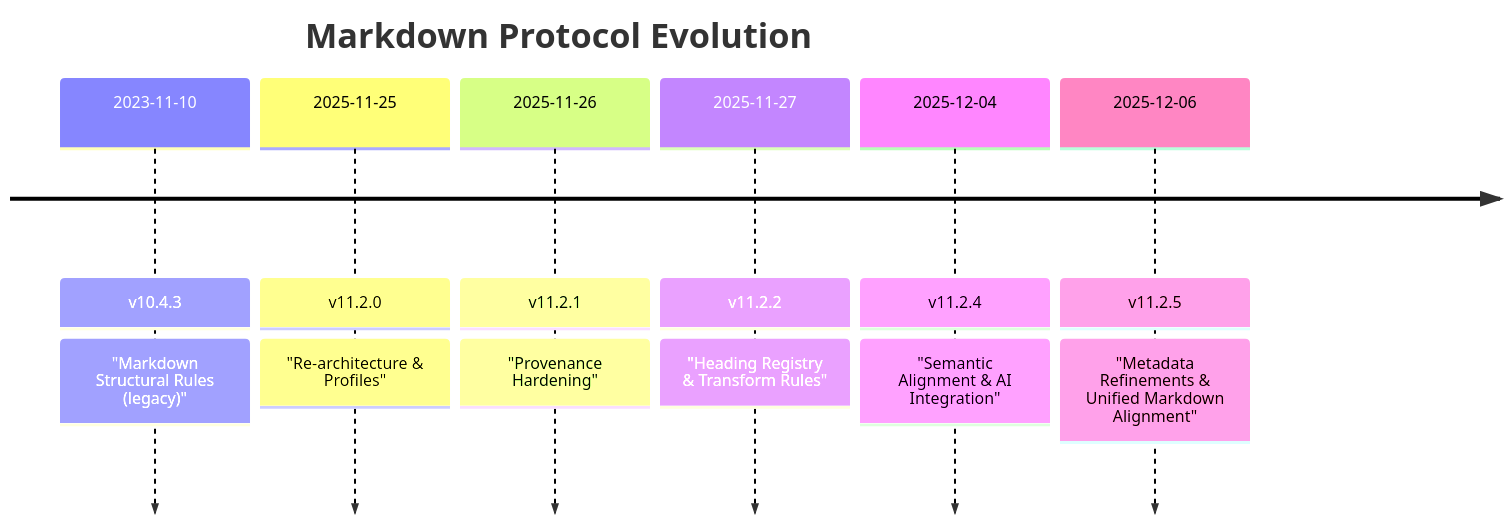
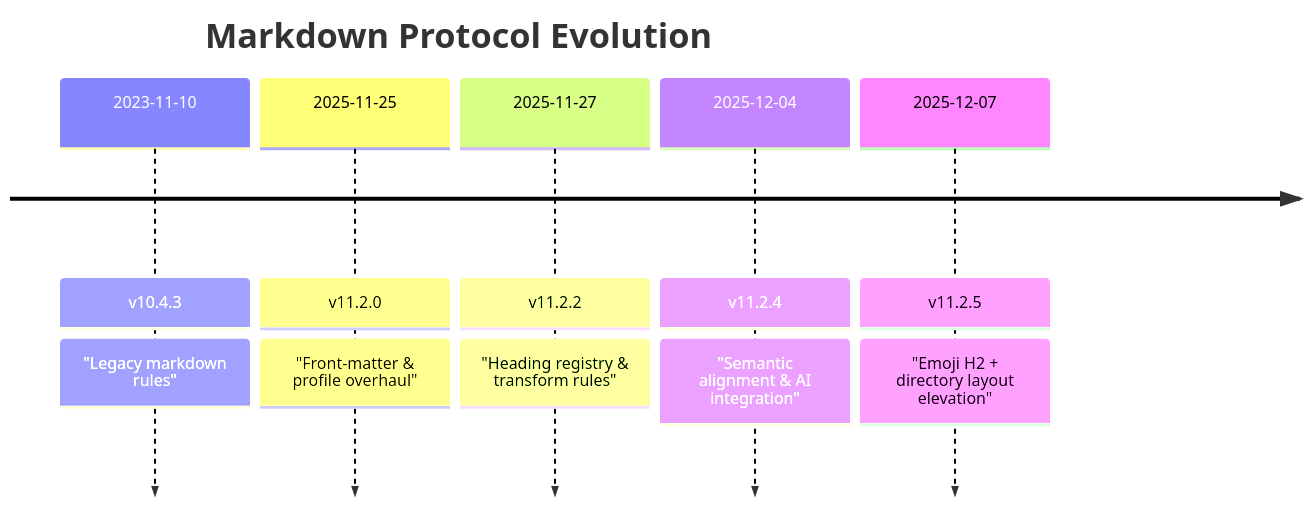
Before and after one commit to bartytime4life/Kansas-Frontier-Matrix: the second of 2 diagrams in docs/standards/kfm_markdown_protocol_v11.2.4.md, drawn with Mermaid. The commit also changed other lines of this file, not shown here.

````diff
--- a/docs/standards/kfm_markdown_protocol_v11.2.4.md
+++ b/docs/standards/kfm_markdown_protocol_v11.2.4.md
@@ -360,10 +390,9 @@
-   ~~~mermaid
-   timeline
-       title Markdown Protocol Evolution
-       2023-11-10 : v10.4.3 : "Markdown Structural Rules (legacy)"
-       2025-11-25 : v11.2.0 : "Re-architecture & Profiles"
-       2025-11-26 : v11.2.1 : "Provenance Hardening"
-       2025-11-27 : v11.2.2 : "Heading Registry & Transform Rules"
-       2025-12-04 : v11.2.4 : "Semantic Alignment & AI Integration"
-       2025-12-06 : v11.2.5 : "Metadata Refinements & Unified Markdown Alignment"
-   ~~~
+```mermaid
+timeline
+    title Markdown Protocol Evolution
+    2023-11-10 : v10.4.3 : "Legacy markdown rules"
+    2025-11-25 : v11.2.0 : "Front-matter & profile overhaul"
+    2025-11-27 : v11.2.2 : "Heading registry & transform rules"
+    2025-12-04 : v11.2.4 : "Semantic alignment & AI integration"
+    2025-12-07 : v11.2.5 : "Emoji H2 + directory layout elevation"
+```
````
